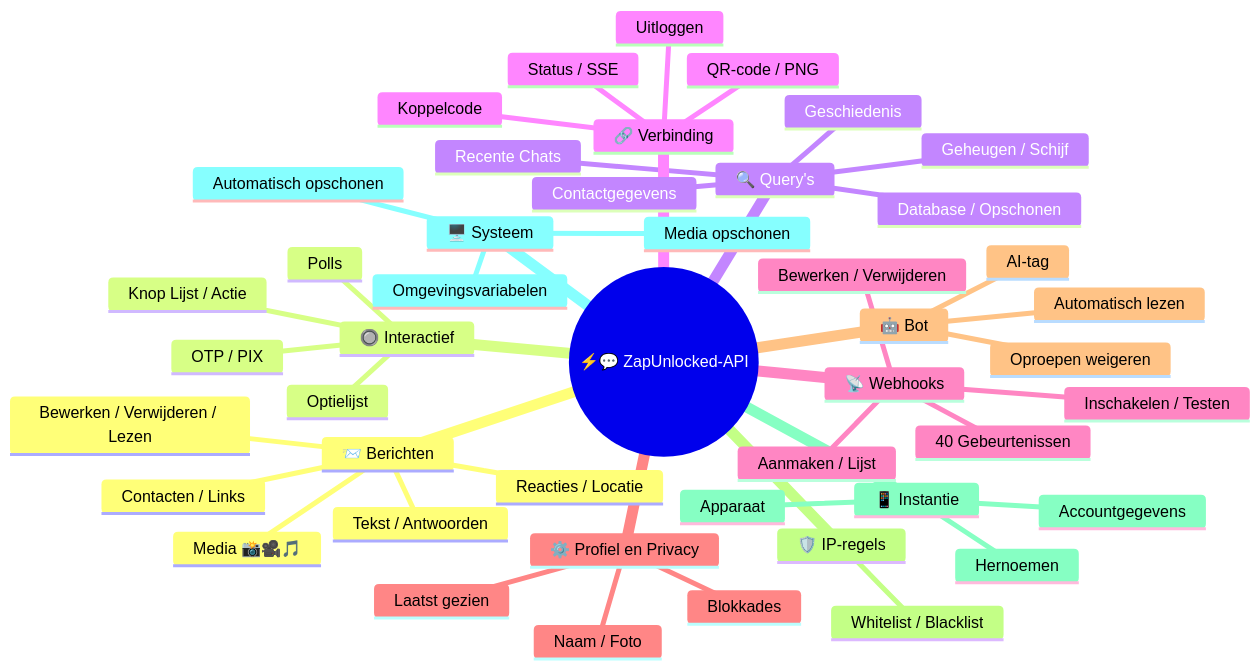
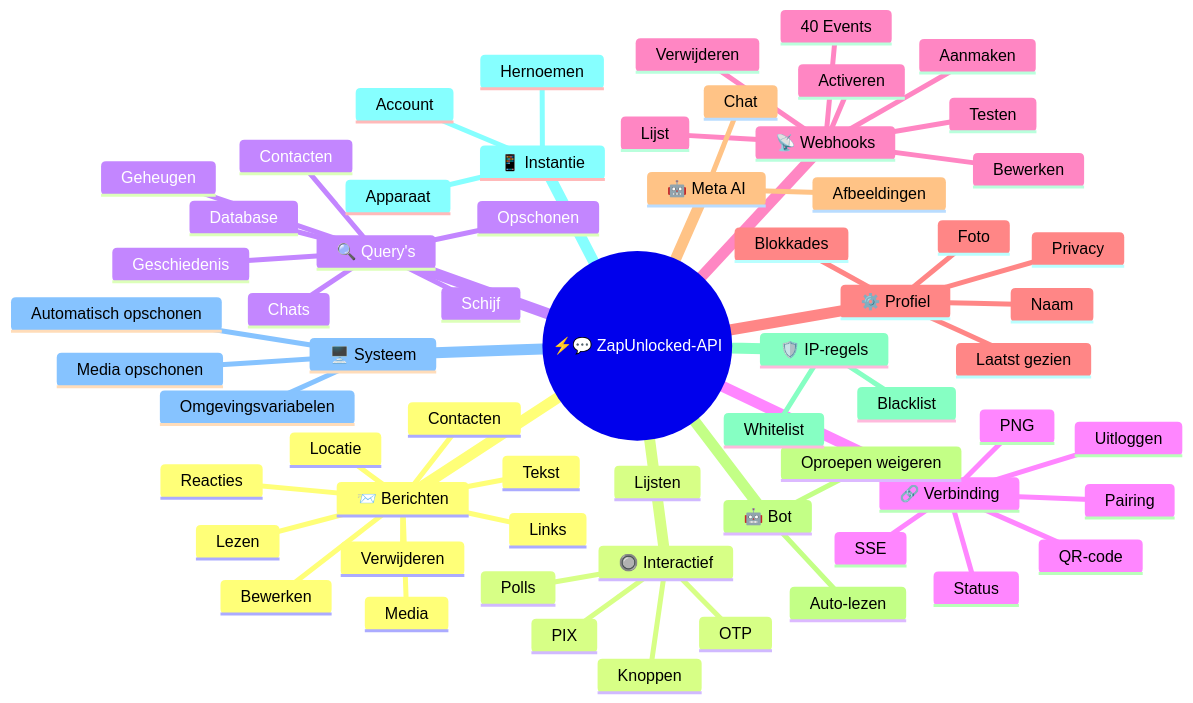
Before and after one commit to kauafpssx/ZapUnlocked-API: the first of 2 diagrams in docs/translations/nl.md, drawn with Mermaid. The commit also changed other lines of this file and 12 other files, not shown here.

````diff
--- a/docs/translations/nl.md
+++ b/docs/translations/nl.md
@@ -55,49 +56,75 @@
 ```mermaid
 mindmap
   root((⚡💬 ZapUnlocked-API))
     📨 Berichten
-      Tekst / Antwoorden
-      Media 📸🎥🎵
-      Reacties / Locatie
-      Contacten / Links
-      Bewerken / Verwijderen / Lezen
+      Tekst
+      Media
+      Reacties
+      Locatie
+      Contacten
+      Links
+      Bewerken
+      Verwijderen
+      Lezen
+
     🔘 Interactief
-      Knop Lijst / Actie
-      OTP / PIX
-      Optielijst
+      Knoppen
+      Lijsten
+      OTP
+      PIX
       Polls
+
     🔍 Query's
-      Contactgegevens
+      Contacten
       Geschiedenis
-      Recente Chats
-      Geheugen / Schijf
-      Database / Opschonen
+      Chats
+      Geheugen
+      Schijf
+      Database
+      Opschonen
+
     🔗 Verbinding
-      Status / SSE
-      QR-code / PNG
-      Koppelcode
+      Status
+      SSE
+      QR-code
+      PNG
+      Pairing
       Uitloggen
+
     📡 Webhooks
-       Aanmaken / Lijst
-       Bewerken / Verwijderen
-       Inschakelen / Testen
-       40 Gebeurtenissen
-    ⚙️ Profiel en Privacy
-      Naam / Foto
+      Aanmaken
+      Lijst
+      Bewerken
+      Verwijderen
+      Activeren
+      Testen
+      40 Events
+
+    ⚙️ Profiel
+      Naam
+      Foto
+      Privacy
       Laatst gezien
       Blokkades
+
+    🤖 Meta AI
+      Chat
+      Afbeeldingen
     🤖 Bot
-      AI-tag
+      Auto-lezen
       Oproepen weigeren
-      Automatisch lezen
+
     🛡️ IP-regels
-      Whitelist / Blacklist
+      Whitelist
+      Blacklist
+
     📱 Instantie
-      Accountgegevens
+      Account
       Apparaat
       Hernoemen
+
     🖥️ Systeem
       Omgevingsvariabelen
       Media opschonen
       Automatisch opschonen
 ```
````
